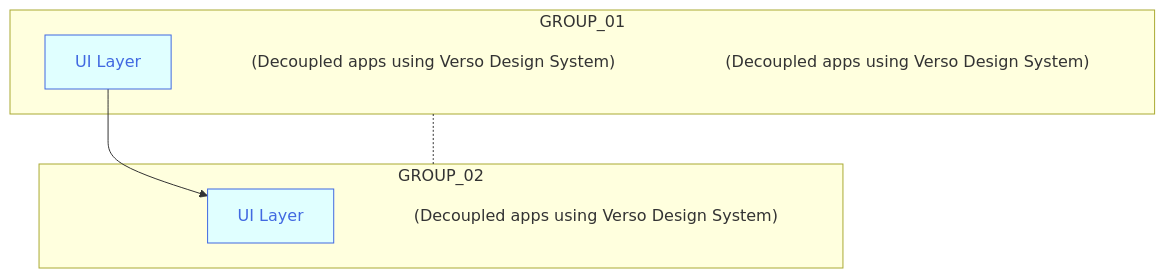
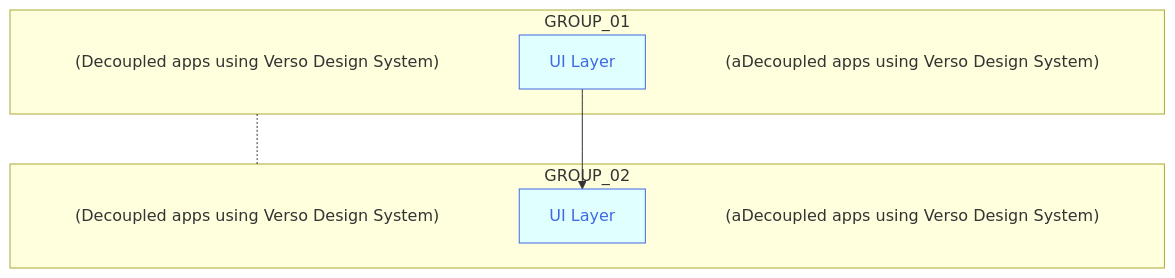
One commit to joe-dorward/samples changed the diagram in buttons_mermaid_v5.md. Above: the diagram before and after it, drawn with Mermaid.

````diff
--- a/buttons_mermaid_v5.md
+++ b/buttons_mermaid_v5.md
@@ -3,40 +3,42 @@
 ```mermaid
   %%{
     init: {
       "flowchart": { "markdownAutoWrap":"false", "textWrap":"false", "wrappingWidth": "100%" }
     }
   }%%
   flowchart TD
 
   classDef Button fill:lightcyan, stroke:royalblue, color:royalblue;
   classDef Note fill:transparent, stroke-width:0px
   %% ---------- ---------- ---------- ---------- ---------- ---------- ---------- ---------- ---------- ----------
   subgraph GROUP_01
     %%direction LR
 
     BUTTON_01_NOTE["(Decoupled apps using Verso Design System)"]:::Note
 
     BUTTON_01["UI Layer"]:::Button
     click BUTTON_01 "https://en.wikipedia.org/wiki/Main_Page" _blank
-    BUTTON_01a_NOTE["(Decoupled apps using Verso Design System)"]:::Note
+    BUTTON_01a_NOTE["(aDecoupled apps using Verso Design System)"]:::Note
 
     %%BUTTON_01~~~
     %%BUTTON_01_NOTE
   end
 
   subgraph GROUP_02
     %%direction TD
 
+    BUTTON_02_NOTE["(Decoupled apps using Verso Design System)"]:::Note
+
     BUTTON_02["UI Layer"]:::Button
     click BUTTON_02 "https://en.wikipedia.org/wiki/Main_Page" _blank
-    BUTTON_02_NOTE["(Decoupled apps using Verso Design System)"]:::Note
+    BUTTON_02a_NOTE["(aDecoupled apps using Verso Design System)"]:::Note
 
     %%BUTTON_02~~~
     %%BUTTON_02_NOTE
   end
 
 GROUP_01-.-GROUP_02
 
 BUTTON_01-->BUTTON_02
 
 ```
````
